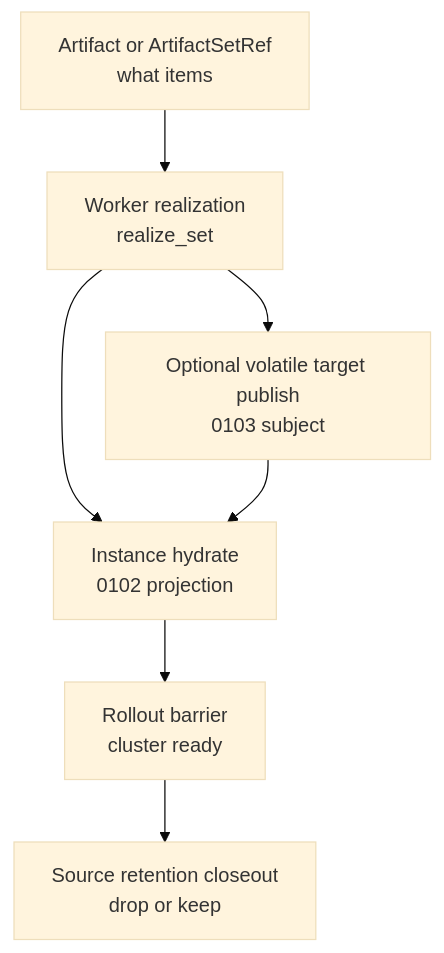
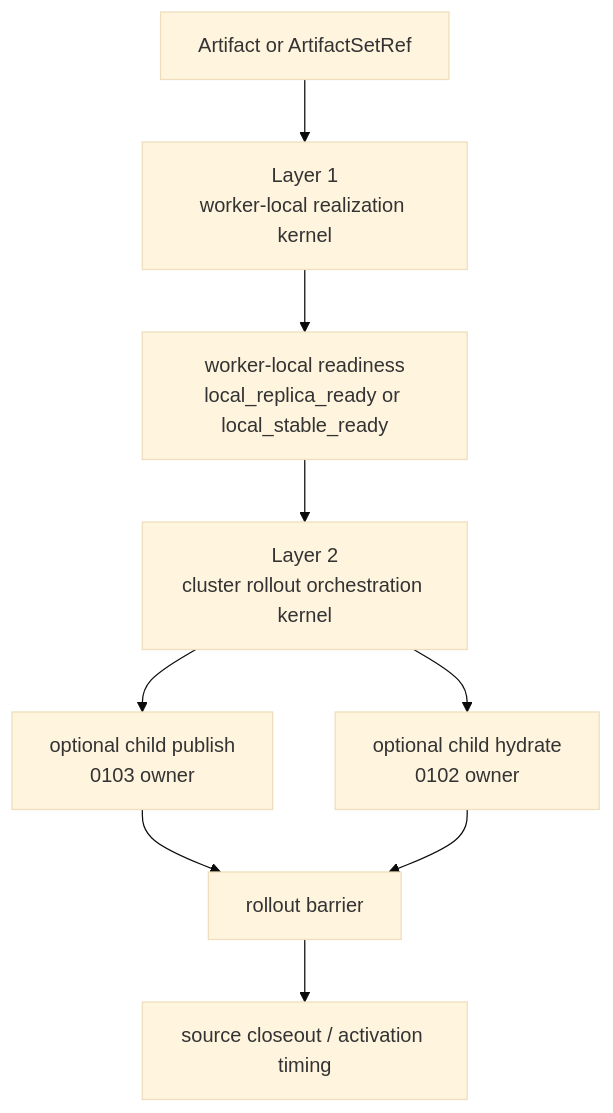
Before and after one commit to tensorcast-ai/tensorcast: the diagram in docs/designs/0104-artifact-realization-and-cluster-rollout.md, drawn with Mermaid (base theme). The commit also changed other lines of this file and 18 other files, not shown here.

````diff
--- a/docs/designs/0104-artifact-realization-and-cluster-rollout.md
+++ b/docs/designs/0104-artifact-realization-and-cluster-rollout.md
@@ -230,9 +326,11 @@
 ```mermaid
 flowchart TB
-  A["Artifact or ArtifactSetRef<br>what items"] --> B["Worker realization<br>realize_set"]
-  B --> C["Optional volatile target publish<br>0103 subject"]
-  B --> D["Instance hydrate<br>0102 projection"]
-  C --> D
-  D --> E["Rollout barrier<br>cluster ready"]
-  E --> F["Source retention closeout<br>drop or keep"]
+  A["Artifact or ArtifactSetRef"] --> B["Layer 1<br>worker-local realization kernel"]
+  B --> C["worker-local readiness<br>local_replica_ready or local_stable_ready"]
+  C --> D["Layer 2<br>cluster rollout orchestration kernel"]
+  D --> E["optional child publish<br>0103 owner"]
+  D --> F["optional child hydrate<br>0102 owner"]
+  E --> G["rollout barrier"]
+  F --> G
+  G --> H["source closeout / activation timing"]
 ```
````
